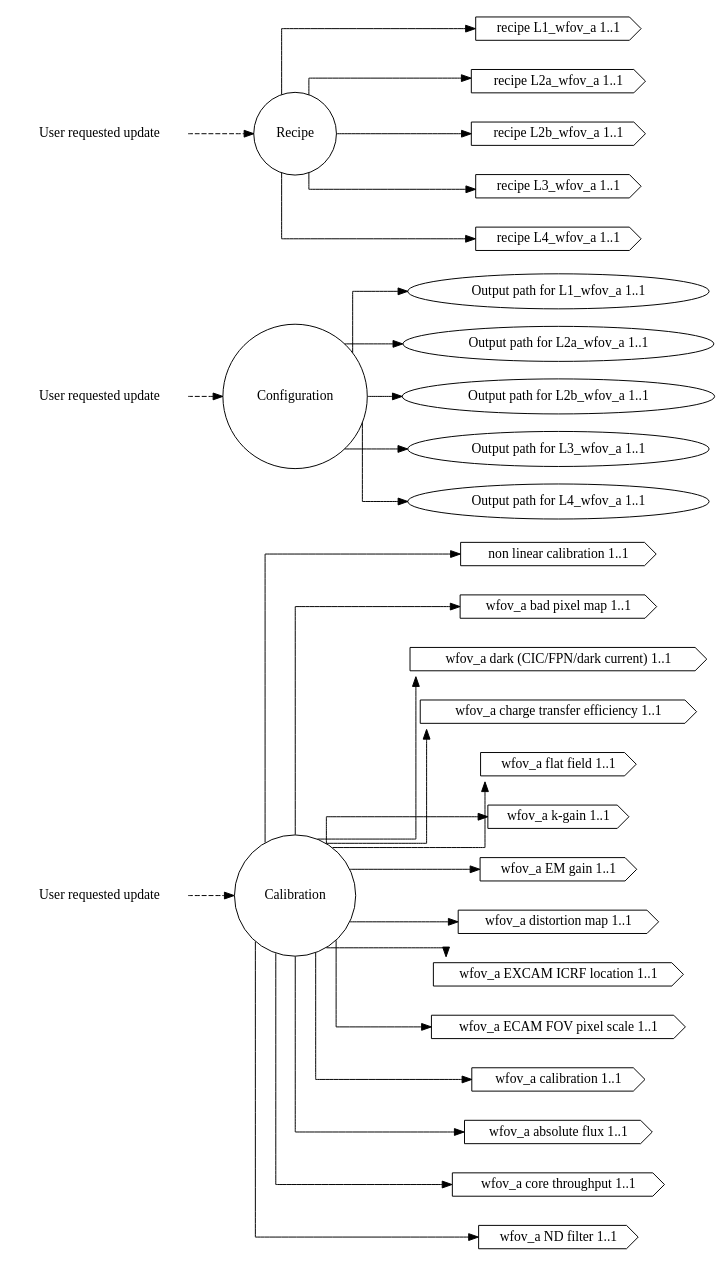
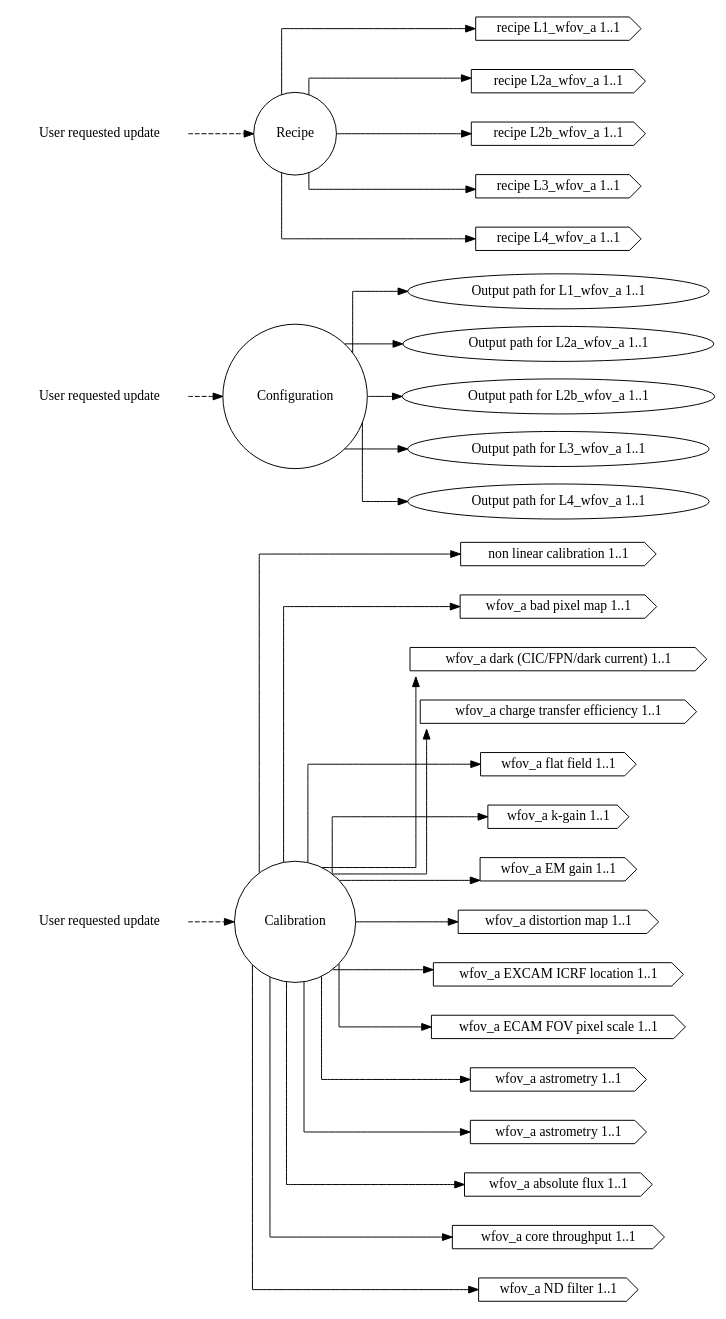
The diagram in dip/basis/ck_wfov_a.dot (roman-corgi/ctc-dip), drawn with Graphviz before and after one commit. The commit also changed 48 other files, not shown here.

```diff
--- a/dip/basis/ck_wfov_a.dot
+++ b/dip/basis/ck_wfov_a.dot
@@ -1,125 +1,129 @@
 /* why separate channels and how are they tied back together
 *
 * The magic happens from clerks.dot. It contains the same clerks but with dawgie
 * information tied to the nodes. Since they are all named the same among these
 * channlized files and clerks.dot, the dip.basis.transmute distills then
 * condenses them into a hidden monolithic concept if they have dawgie
 * information associated with them. That is the real magic.
 */
 digraph WFOVAClerks
 {
   graph [splines="ortho", rankdir=LR];
 
   alarm_cal [label="User requested update", shape="none"];
   alarm_cnf [label="User requested update", shape="none"];
   alarm_rec [label="User requested update", shape="none"];
   
   calib [label="Calibration", shape="circle"];
   config [label="Configuration", shape="circle"];
   recipe [label="Recipe", shape="circle"];
 
   l1_wfov_a_odir [label="Output path for L1_wfov_a 1..1", shape="ellipse",
                  valname="clerk.configuration.l1_wfov_a.outdir",
                  valtype="dip.base.Configuration"];
   l1_wfov_a_rec [label="recipe L1_wfov_a 1..1", shape="cds",
                 valname="clerk.recipe.l1_wfov_a.recipe",
                 valtype="dip.base.Recipe"];
   l1_wfov_a_nllut [label="non linear calibration 1..1", shape="cds",
                      valname="clerk.calibration.l1_wfov_a.nonlin",
                      valtype="dip.base.Calibration"];
 
   l2a_wfov_a_odir [label="Output path for L2a_wfov_a 1..1", shape="ellipse",
                  valname="clerk.configuration.l2a_wfov_a.outdir",
                  valtype="dip.base.Configuration"];
   l2a_wfov_a_rec [label="recipe L2a_wfov_a 1..1", shape="cds",
                  valname="clerk.recipe.l2a_wfov_a.recipe",
                  valtype="dip.base.Recipe"];
   l2a_wfov_a_mbpm [label="wfov_a bad pixel map 1..1", shape="cds",
                 valname="clerk.calibration.l2a_wfov_a.bad_pix_map",
                 valtype="dip.base.Calibration"];
   l2a_wfov_a_dnb  [label="wfov_a dark (CIC/FPN/dark current) 1..1", shape="cds",
                   valname="clerk.calibration.l2a_wfov_a.darks",
                   valtype="dip.base.Calibration"];
   l2a_wfov_a_cti  [label="wfov_a charge transfer efficiency 1..1", shape="cds",
                 valname="clerk.calibration.l2a_wfov_a.charge_xfer_eff",
                 valtype="dip.base.Calibration"];
   l2a_wfov_a_ff  [label="wfov_a flat field 1..1", shape="cds",
                 valname="clerk.calibration.l2a_wfov_a.flat_field",
                 valtype="dip.base.Calibration"];
   l2a_wfov_a_kgain  [label="wfov_a k-gain 1..1", shape="cds",
                 valname="clerk.calibration.l2a_wfov_a.k_gain",
                 valtype="dip.base.Calibration"];
   l2a_wfov_a_emg [label="wfov_a EM gain 1..1", shape="cds",
                 valname="clerk.calibration.l2a_wfov_a.em_gain",
                 valtype="dip.base.Calibration"];
   l2b_wfov_a_odir [label="Output path for L2b_wfov_a 1..1", shape="ellipse",
                  valname="clerk.configuration.l2b_wfov_a.outdir",
                  valtype="dip.base.Configuration"];
   l2b_wfov_a_rec [label="recipe L2b_wfov_a 1..1", shape="cds",
                  valname="clerk.recipe.l2b_wfov_a.recipe",
                  valtype="dip.base.Recipe"];
   l2b_wfov_a_distm [label="wfov_a distortion map 1..1", shape="cds",
                  valname="clerk.calibration.l2b_wfov_a.distortion_map",
                  valtype="dip.base.Calibration"];
   l2b_wfov_a_excicrf [label="wfov_a EXCAM ICRF location 1..1", shape="cds",
                  valname="clerk.calibration.l2b_wfov_a.excam_icrf_location",
                  valtype="dip.base.Calibration"];
   l2b_wfov_a_excfovps [label="wfov_a ECAM FOV pixel scale 1..1", shape="cds",
                  valname="clerk.calibration.l2b_wfov_a.excam_fov_pixel_scale",
                  valtype="dip.base.Calibration"];
 
   l3_wfov_a_odir [label="Output path for L3_wfov_a 1..1", shape="ellipse",
                  valname="clerk.configuration.l3_wfov_a.outdir",
                  valtype="dip.base.Configuration"];
   l3_wfov_a_rec [label="recipe L3_wfov_a 1..1", shape="cds",
                  valname="clerk.recipe.l3_wfov_a.recipe",
                  valtype="dip.base.Recipe"];
-  l3_wfov_a_cal [label="wfov_a calibration 1..1", shape="cds",
-                 valname="clerk.calibration.l3_wfov_a.calibration",
+  l3_wfov_a_ast [label="wfov_a astrometry 1..1", shape="cds",
+                 valname="clerk.calibration.l3_wfov_a.astrometry",
+                 valtype="dip.base.Calibration"];
+  l3_wfov_a_ndf [label="wfov_a astrometry 1..1", shape="cds",
+                 valname="clerk.calibration.l3_wfov_a.ndfilter",
                  valtype="dip.base.Calibration"];
 
   l4_wfov_a_odir [label="Output path for L4_wfov_a 1..1", shape="ellipse",
                  valname="clerk.configuration.l4_wfov_a.outdir",
                  valtype="dip.base.Configuration"];
   l4_wfov_a_rec [label="recipe L4_wfov_a 1..1", shape="cds",
                  valname="clerk.recipe.l4_wfov_a.recipe",
                  valtype="dip.base.Recipe"];
   l4_wfov_a_afcal [label="wfov_a absolute flux 1..1", shape="cds",
                  valname="clerk.calibration.l4_wfov_a.absolute_flux",
                  valtype="dip.base.Calibration"];
   l4_wfov_a_ctcal [label="wfov_a core throughput 1..1", shape="cds",
                  valname="clerk.calibration.l4_wfov_a.core_thruput",
                  valtype="dip.base.Calibration"];
   l4_wfov_a_ndfilt [label="wfov_a ND filter 1..1", shape="cds",
                  valname="clerk.calibration.l4_wfov_a.nd_filter",
                  valtype="dip.base.Calibration"];
 
   alarm_cal -> calib [style="dashed"];
   alarm_cnf -> config [style="dashed"];
   alarm_rec -> recipe [style="dashed"];
 
   calib -> l1_wfov_a_nllut;
   calib -> l2a_wfov_a_mbpm;
   calib -> l2a_wfov_a_dnb;
   calib -> l2a_wfov_a_cti;
   calib -> l2a_wfov_a_ff;
   calib -> l2a_wfov_a_kgain;
   calib -> l2a_wfov_a_emg;
   calib -> l2b_wfov_a_distm;
   calib -> l2b_wfov_a_excicrf;
   calib -> l2b_wfov_a_excfovps;
-  calib -> l3_wfov_a_cal;
+  calib -> l3_wfov_a_ast;
+  calib -> l3_wfov_a_ndf;
   calib -> l4_wfov_a_afcal;
   calib -> l4_wfov_a_ctcal;
   calib -> l4_wfov_a_ndfilt;
   config -> l1_wfov_a_odir;
   config -> l2a_wfov_a_odir;
   config -> l2b_wfov_a_odir;
   config -> l3_wfov_a_odir;
   config -> l4_wfov_a_odir;
   recipe -> l1_wfov_a_rec;
   recipe -> l2a_wfov_a_rec;
   recipe -> l2b_wfov_a_rec;
   recipe -> l3_wfov_a_rec;
   recipe -> l4_wfov_a_rec;
 }
```
